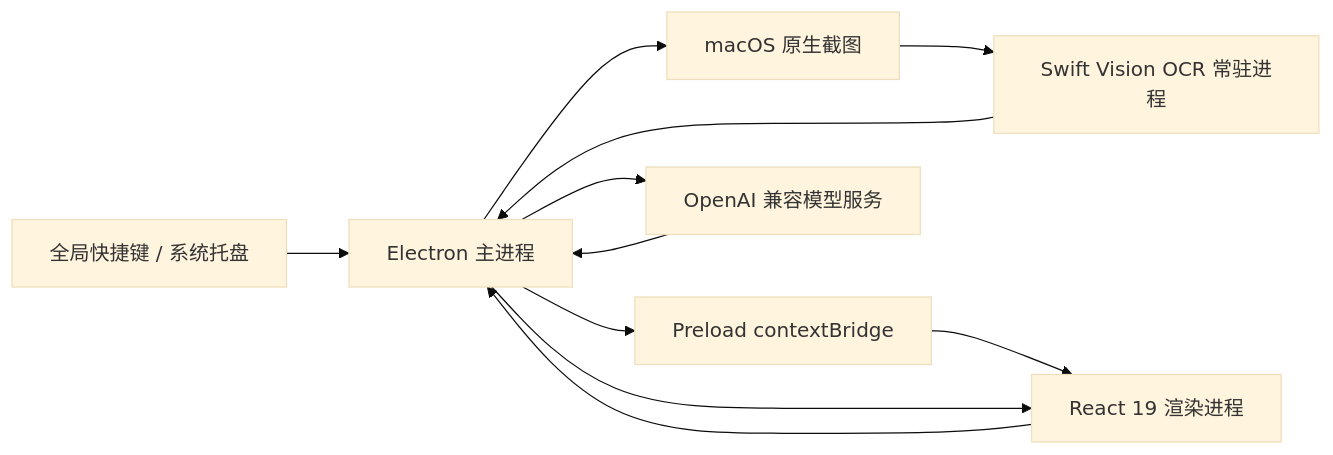
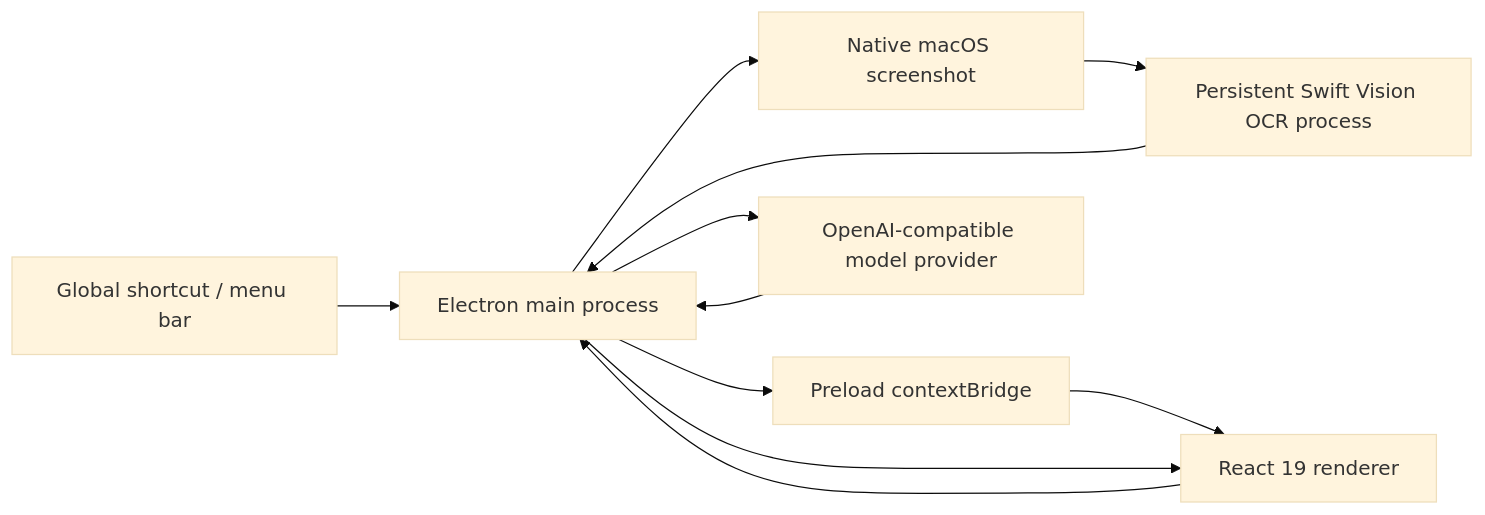
One commit to GTTaaa/Xenon changed the diagram in README.md. Above: the diagram before and after it, drawn with Mermaid (base theme). The commit also changed other lines of this file, not shown here.

````diff
--- a/README.md
+++ b/README.md
@@ -212,13 +212,13 @@
 ```mermaid
 flowchart LR
-    A["全局快捷键 / 系统托盘"] --> B["Electron 主进程"]
-    B --> C["macOS 原生截图"]
-    C --> D["Swift Vision OCR 常驻进程"]
+    A["Global shortcut / menu bar"] --> B["Electron main process"]
+    B --> C["Native macOS screenshot"]
+    C --> D["Persistent Swift Vision OCR process"]
     D --> B
     B --> E["Preload contextBridge"]
-    E --> F["React 19 渲染进程"]
+    E --> F["React 19 renderer"]
     F --> B
-    B --> G["OpenAI 兼容模型服务"]
+    B --> G["OpenAI-compatible model provider"]
     G --> B
     B --> F
 ```
````
